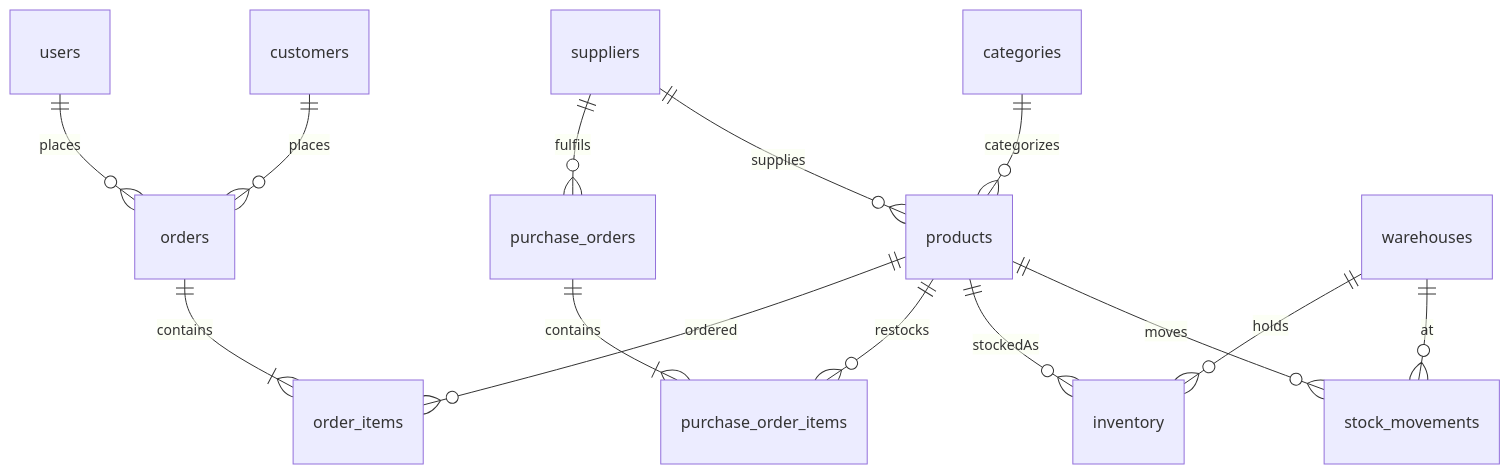
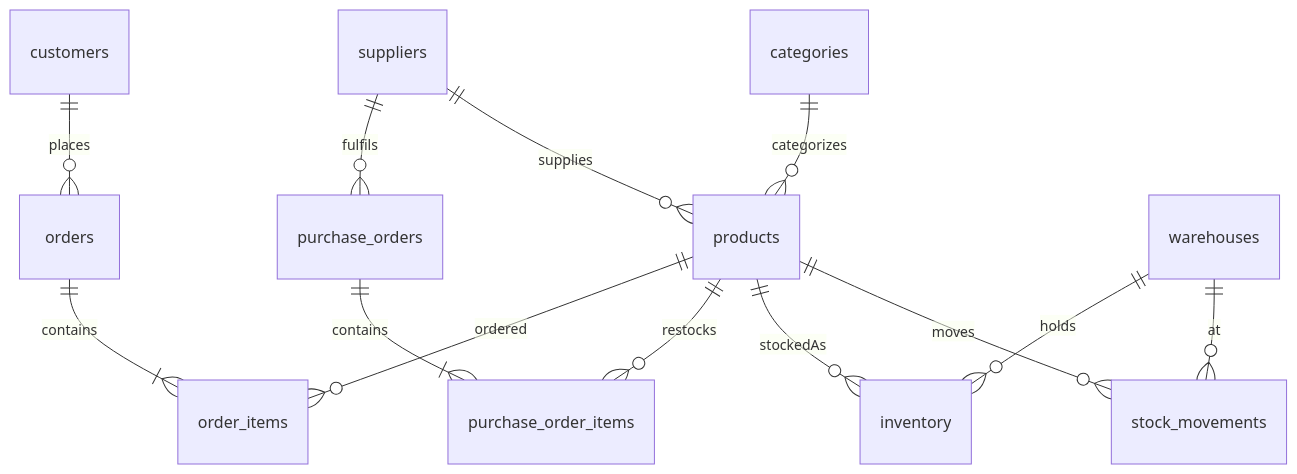
Before and after one commit to shahidansari311/retail-inventory: the second of 7 diagrams in backend/README.md, drawn with Mermaid. The commit also changed other lines of this file, not shown here.

````diff
--- a/backend/README.md
+++ b/backend/README.md
@@ -170,16 +170,15 @@
 ```mermaid
 erDiagram
-  users ||--o{ orders : places
   customers ||--o{ orders : places
   orders ||--|{ order_items : contains
   products ||--o{ order_items : ordered
   suppliers ||--o{ purchase_orders : fulfils
   purchase_orders ||--|{ purchase_order_items : contains
   products ||--o{ purchase_order_items : restocks
   products ||--o{ inventory : stockedAs
   warehouses ||--o{ inventory : holds
   products ||--o{ stock_movements : moves
   warehouses ||--o{ stock_movements : at
   categories ||--o{ products : categorizes
   suppliers ||--o{ products : supplies
 ```
````
